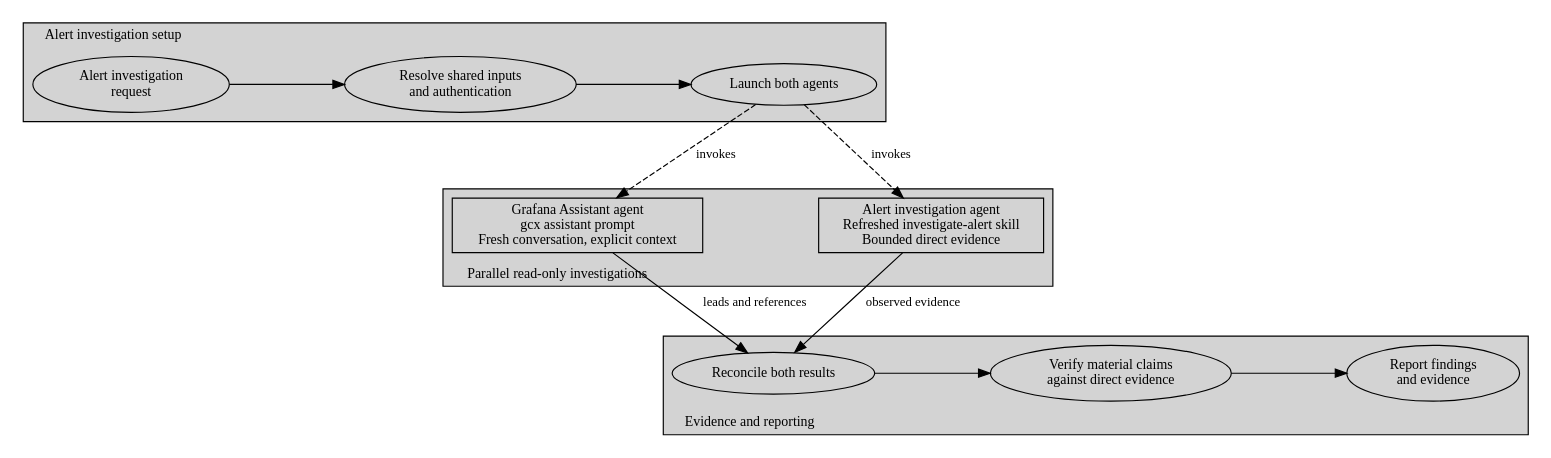
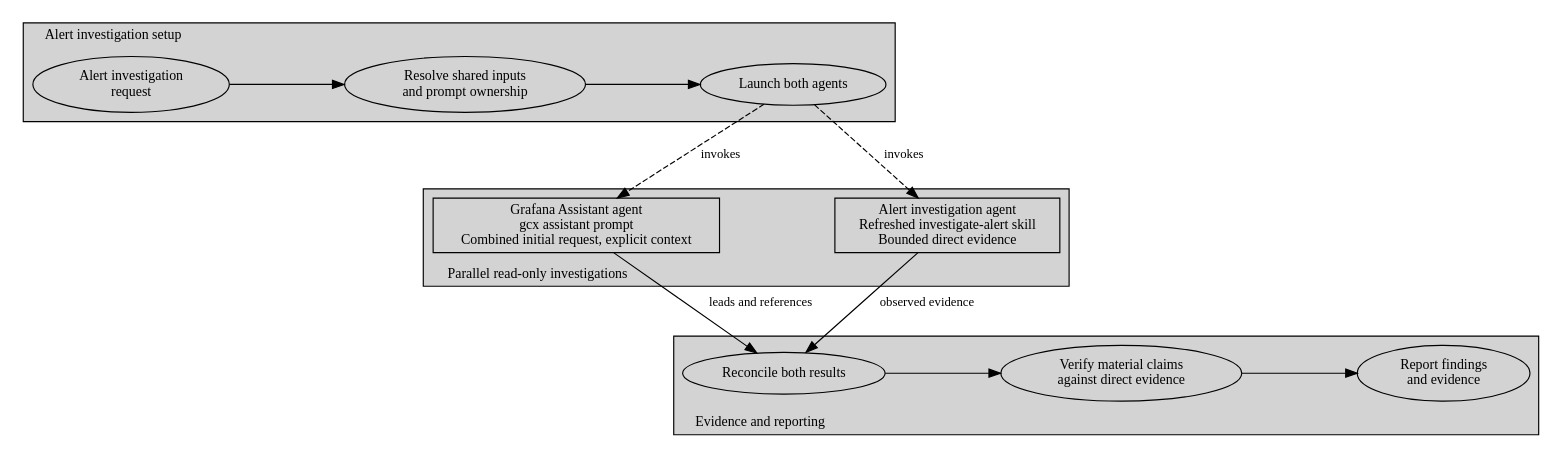
Before and after one commit to orenlion1/investigation-skills: the diagram in diagrams/DIAGRAM-parallel-alert-investigation.dot, drawn with Graphviz. The commit also changed 41 other files, not shown here.

First line of the commit message:
feat: integrate rhyming incident requests with Grafana Assistant (#49)

```diff
--- a/diagrams/DIAGRAM-parallel-alert-investigation.dot
+++ b/diagrams/DIAGRAM-parallel-alert-investigation.dot
@@ -1,40 +1,40 @@
 // Style reference: DIAGRAM-investigation-workflow.dot.
 // One canonical layout; render-workflow-diagram.sh supplies both palettes.
 digraph ParallelAlertInvestigation {
   rankdir=TB; newrank=true; compound=true;
   graph [fontname="Trebuchet MS", fontsize=12, splines=true,
          nodesep=0.7, ranksep=0.85];
   node [fontname="Trebuchet MS", fontsize=12, style=filled, height=0.5];
   edge [fontname="Trebuchet MS", fontsize=11];
 
   subgraph cluster_setup {
     label="Alert investigation setup"; labeljust=l; style=filled;
     request [shape=oval, label="Alert investigation\nrequest"];
-    resolve [shape=oval, label="Resolve shared inputs\nand authentication"];
+    resolve [shape=oval, label="Resolve shared inputs\nand prompt ownership"];
     launch [shape=oval, label="Launch both agents"];
     { rank=same; request; resolve; launch; }
     request -> resolve -> launch [weight=100];
   }
 
   subgraph cluster_parallel {
     label="Parallel read-only investigations"; labeljust=l; labelloc=b; style=filled;
-    assistant [shape=box, label="Grafana Assistant agent\ngcx assistant prompt\nFresh conversation, explicit context"];
+    assistant [shape=box, label="Grafana Assistant agent\ngcx assistant prompt\nCombined initial request, explicit context"];
     direct [shape=box, label="Alert investigation agent\nRefreshed investigate-alert skill\nBounded direct evidence"];
     { rank=same; assistant; direct; }
     assistant -> direct [style=invis, weight=100];
   }
 
   subgraph cluster_results {
     label="Evidence and reporting"; labeljust=l; labelloc=b; style=filled;
     reconcile [shape=oval, label="Reconcile both results"];
     verify [shape=oval, label="Verify material claims\nagainst direct evidence"];
     report [shape=oval, label="Report findings\nand evidence"];
     { rank=same; reconcile; verify; report; }
     reconcile -> verify -> report [weight=100];
   }
 
   launch -> assistant [label="  invokes", style=dashed];
   launch -> direct [label="  invokes", style=dashed];
   assistant -> reconcile [label="  leads and references"];
   direct -> reconcile [label="  observed evidence"];
 }
```
